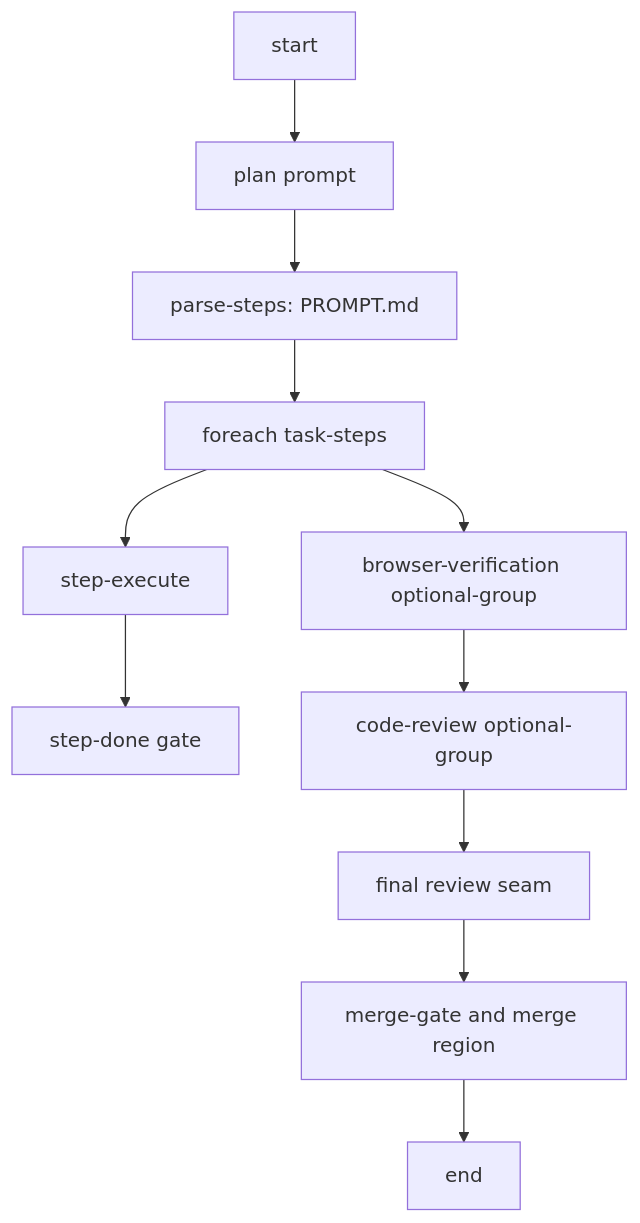
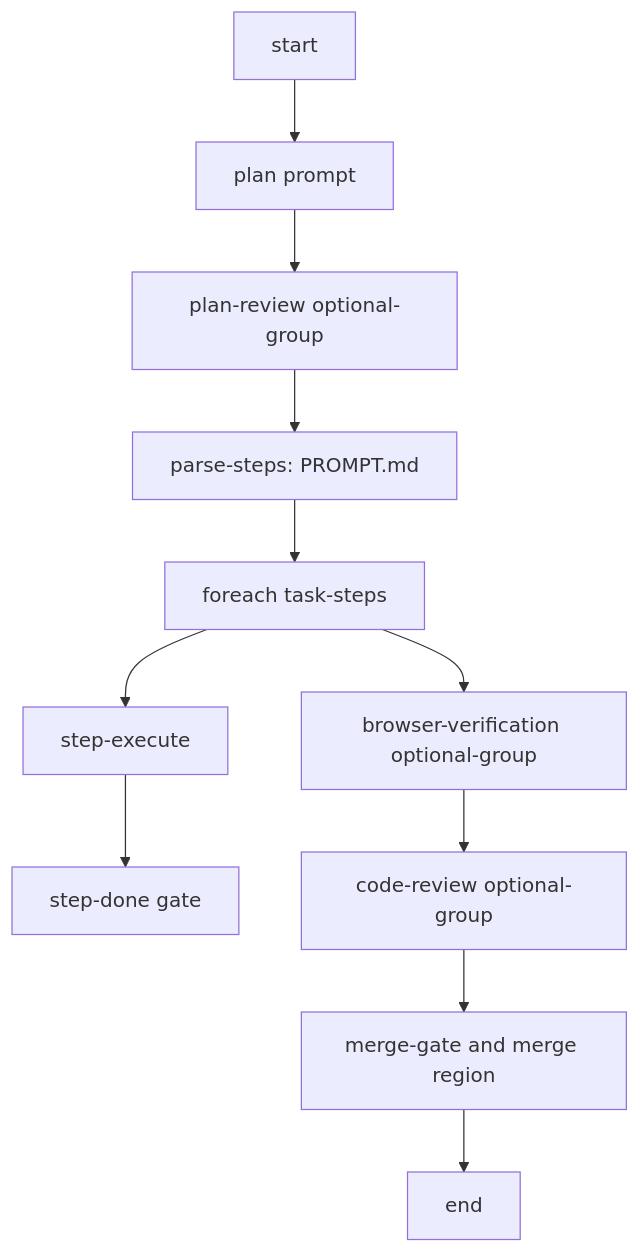
The diagram in docs/plans/2026-06-29-001-feat-stepwise-final-review-workflow-plan.md (kcbdev/Fusion), drawn with Mermaid before and after one commit. The commit also changed other lines of this file and 10 other files, not shown here.

Commit message:
feat(workflows): add optional plan review gate

````diff
--- a/docs/plans/2026-06-29-001-feat-stepwise-final-review-workflow-plan.md
+++ b/docs/plans/2026-06-29-001-feat-stepwise-final-review-workflow-plan.md
@@ -127,13 +132,13 @@
 ```mermaid
 flowchart TB
   Start[start] --> Plan[plan prompt]
-  Plan --> Parse[parse-steps: PROMPT.md]
+  Plan --> PlanReview[plan-review optional-group]
+  PlanReview --> Parse[parse-steps: PROMPT.md]
   Parse --> Steps[foreach task-steps]
   Steps --> StepExecute[step-execute]
   StepExecute --> StepDone[step-done gate]
   Steps --> Browser[browser-verification optional-group]
   Browser --> CodeReview[code-review optional-group]
-  CodeReview --> FinalReview[final review seam]
-  FinalReview --> MergeGate[merge-gate and merge region]
+  CodeReview --> MergeGate[merge-gate and merge region]
   MergeGate --> End[end]
 ```
````
